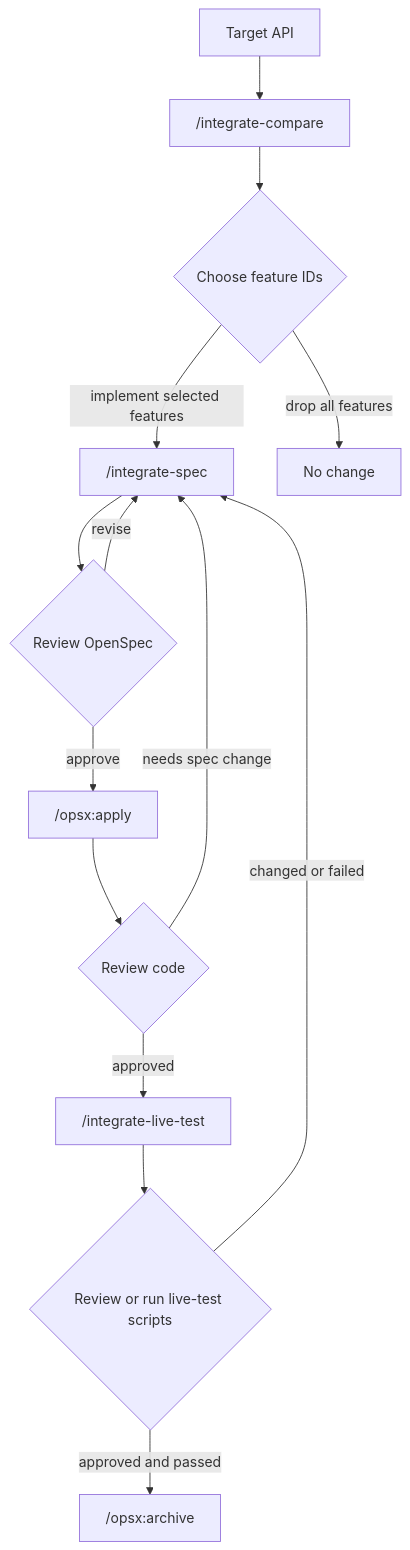
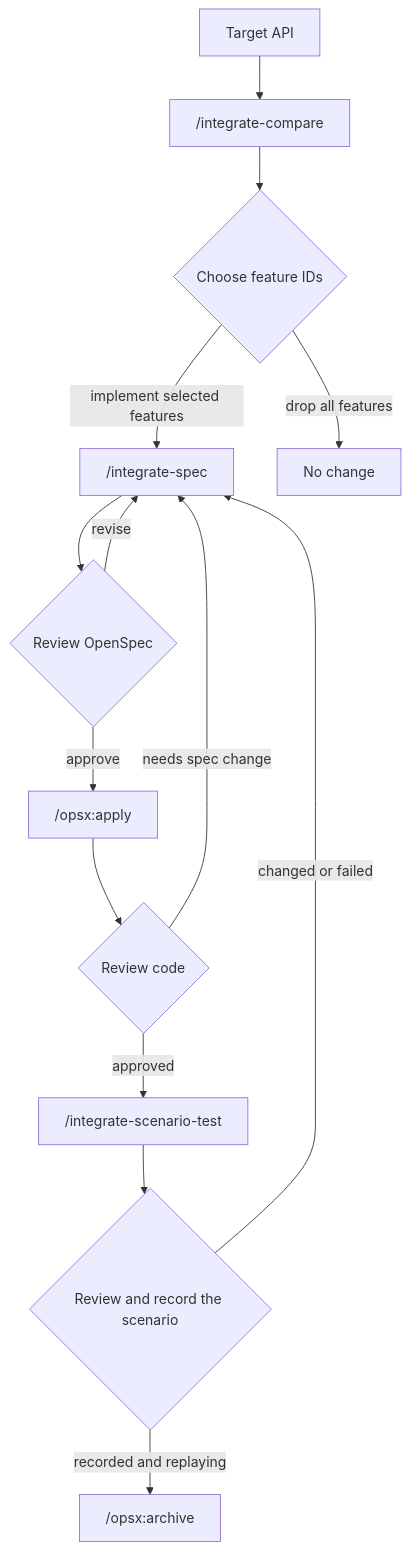
Before and after one commit to Azure/azclips: the diagram in eng-docs/howto/integrate-custom-code-agent.md, drawn with Mermaid. The commit also changed other lines of this file and 10 other files, not shown here.

````diff
--- a/eng-docs/howto/integrate-custom-code-agent.md
+++ b/eng-docs/howto/integrate-custom-code-agent.md
@@ -32,16 +32,16 @@
 ```mermaid
 flowchart TD
     A[Target API] --> B["/integrate-compare"]
     B --> C{Choose feature IDs}
     C -->|implement selected features| D["/integrate-spec"]
     C -->|drop all features| X[No change]
     D --> E{Review OpenSpec}
     E -->|approve| F["/opsx:apply"]
     E -->|revise| D
     F --> G{Review code}
-    G -->|approved| H["/integrate-live-test"]
+    G -->|approved| H["/integrate-scenario-test"]
     G -->|needs spec change| D
-    H --> I{Review or run live-test scripts}
-    I -->|approved and passed| J["/opsx:archive"]
+    H --> I{Review and record the scenario}
+    I -->|recorded and replaying| J["/opsx:archive"]
     I -->|changed or failed| D
 ```
````
